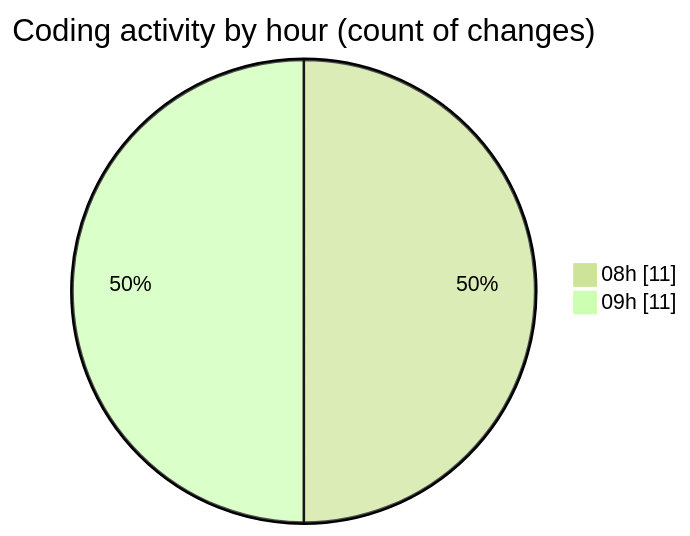
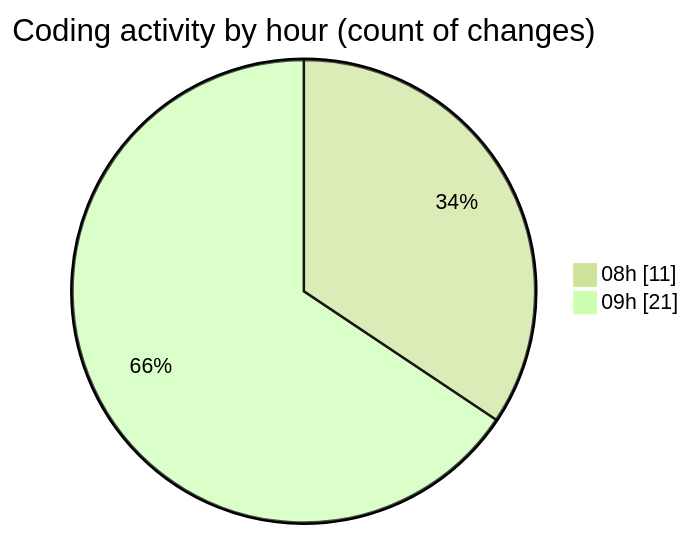
One commit to julien-gomy/code-tracking changed the second of 2 diagrams in 2025-10-13/eventscop-frontend-guide__workspace_/README.md. Above: the diagram before and after it, drawn with Mermaid (forest theme). The commit also changed other lines of this file and 1 other file, not shown here.

````diff
--- a/2025-10-13/eventscop-frontend-guide__workspace_/README.md
+++ b/2025-10-13/eventscop-frontend-guide__workspace_/README.md
@@ -32,6 +32,6 @@
 ```mermaid
 pie showData
 title Coding activity by hour (count of changes)
 "08h" : 11
-"09h" : 11
+"09h" : 21
 ```
````
